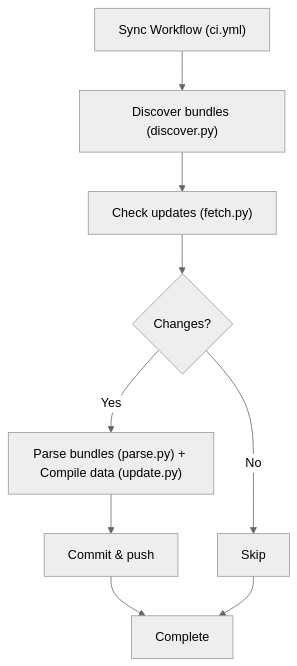
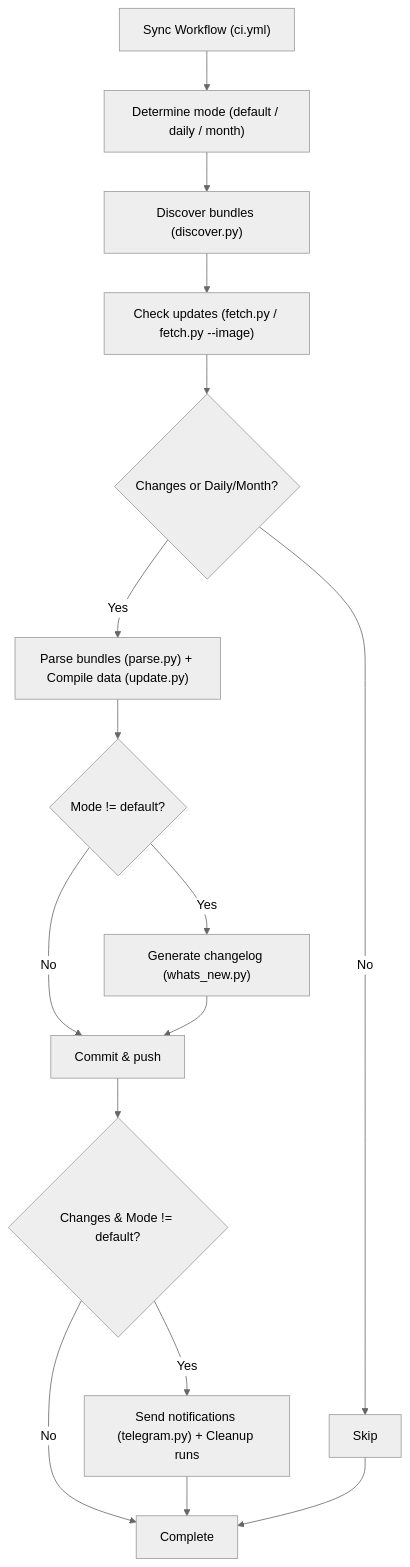
One commit to nvbangg/awesome-for-morphe changed the first of 2 diagrams in CONTRIBUTING.md. Above: the diagram before and after it, drawn with Mermaid (neutral theme). The commit also changed other lines of this file and 3 other files, not shown here.

````diff
--- a/CONTRIBUTING.md
+++ b/CONTRIBUTING.md
@@ -34,13 +41,21 @@
 ```mermaid
 flowchart TD
-    A["Sync Workflow (ci.yml)"] --> B["Discover bundles (discover.py)"]
-    B --> C["Check updates (fetch.py)"]
-    C --> D{Changes?}
+    A["Sync Workflow (ci.yml)"] --> B["Determine mode (default / daily / month)"]
+    B --> C["Discover bundles (discover.py)"]
+    C --> D["Check updates (fetch.py / fetch.py --image)"]
+    D --> E{Changes or Daily/Month?}
 
-    D -->|Yes| E["Parse bundles (parse.py) + Compile data (update.py)"]
-    D -->|No| F[Skip]
+    E -->|Yes| F["Parse bundles (parse.py) + Compile data (update.py)"]
+    E -->|No| G[Skip]
 
-    E --> G[Commit & push]
-    G --> H[Complete]
-    F --> H
+    F --> H{Mode != default?}
+    H -->|Yes| I["Generate changelog (whats_new.py)"]
+    H -->|No| J[Commit & push]
+
+    I --> J
+    J --> K{Changes & Mode != default?}
+    K -->|Yes| L["Send notifications (telegram.py) + Cleanup runs"]
+    K -->|No| M[Complete]
+    L --> M
+    G --> M
 ```
````
